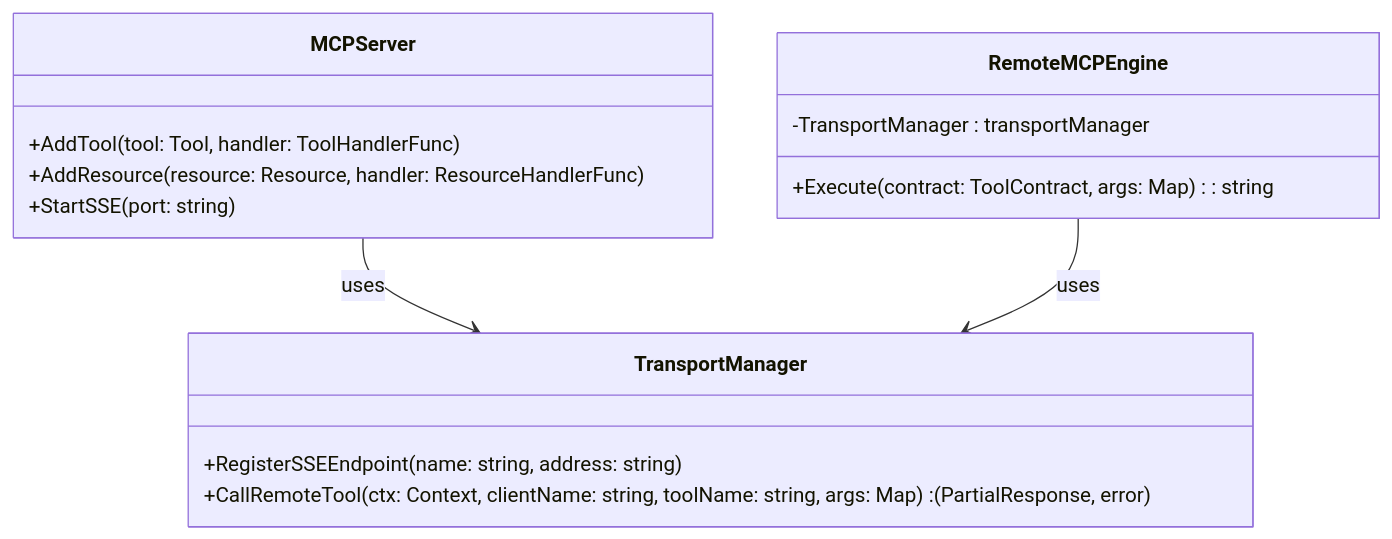
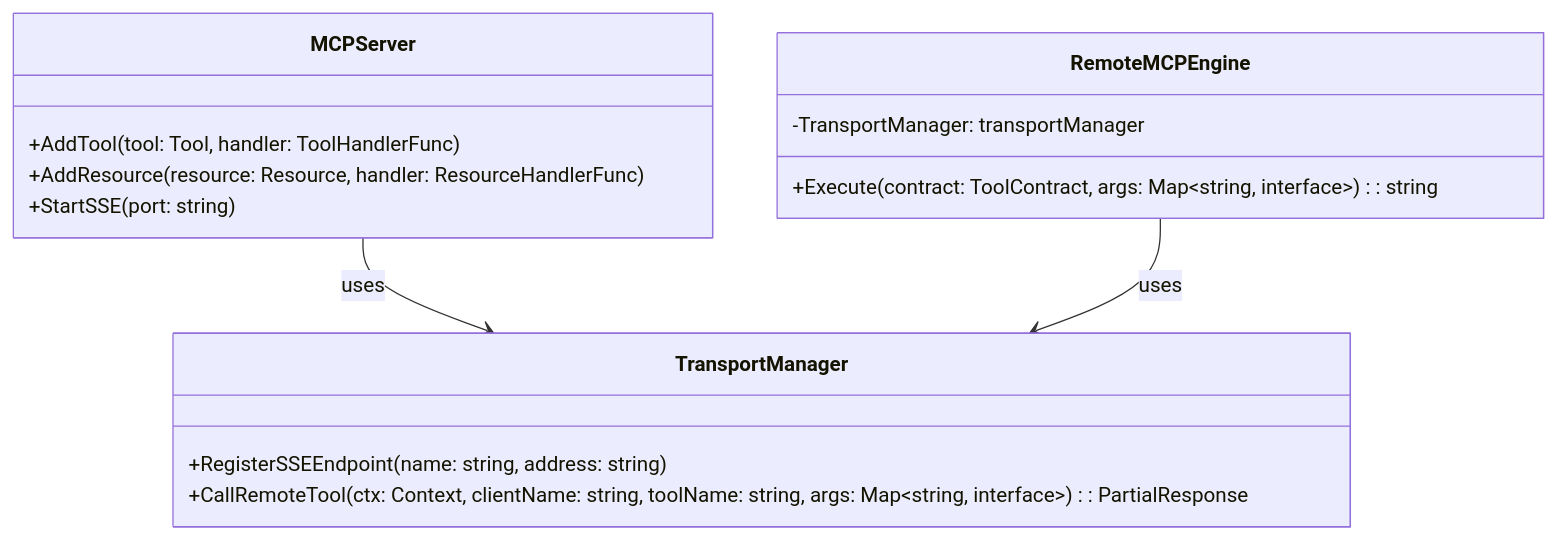
Before and after one commit to prxs-ai/praxis-go-sdk: the fourth of 7 diagrams in docs/Architecture Overview.md, drawn with Mermaid. The commit also changed other lines of this file and 33 other files, not shown here.

````diff
--- a/docs/Architecture Overview.md
+++ b/docs/Architecture Overview.md
@@ -124,18 +124,18 @@
 ```mermaid
 classDiagram
 class MCPServer {
 +AddTool(tool: Tool, handler: ToolHandlerFunc)
 +AddResource(resource: Resource, handler: ResourceHandlerFunc)
 +StartSSE(port: string)
 }
 class RemoteMCPEngine {
--TransportManager : transportManager
-+Execute(contract: ToolContract, args: Map<string, interface>) : string
+-TransportManager: transportManager
++Execute(contract: ToolContract, args: Map~string, interface~): string
 }
 class TransportManager {
 +RegisterSSEEndpoint(name: string, address: string)
-+CallRemoteTool(ctx: Context, clientName: string, toolName: string, args: Map<string, interface>) : (PartialResponse, error)
++CallRemoteTool(ctx: Context, clientName: string, toolName: string, args: Map~string, interface~): PartialResponse
 }
-MCPServer --> TransportManager : uses
-RemoteMCPEngine --> TransportManager : uses
+MCPServer --> TransportManager: uses
+RemoteMCPEngine --> TransportManager: uses
 ```
````
